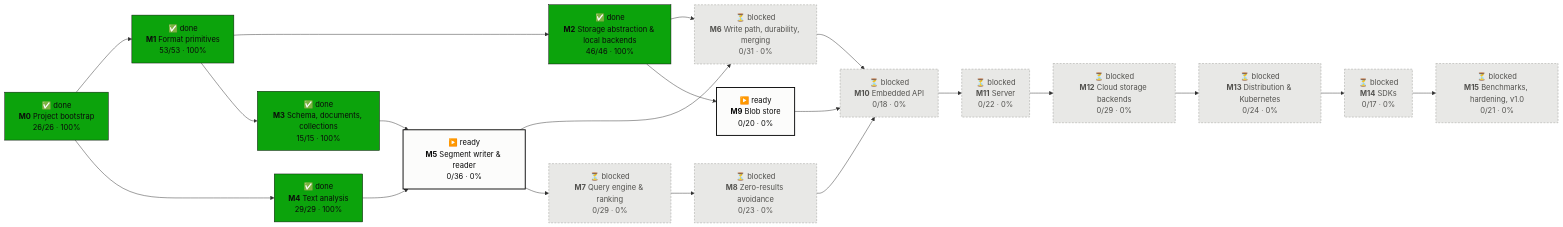
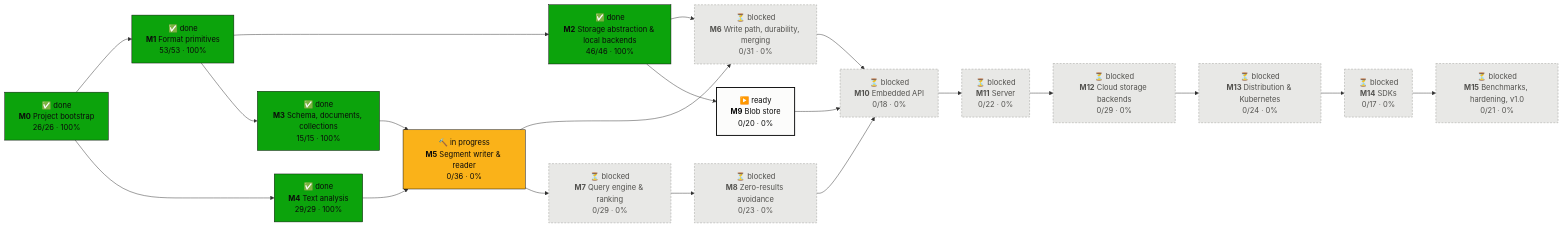
The first of 2 diagrams in PROGRESS.md (tomiok/persiaDB), drawn with Mermaid before and after one commit. The commit also changed other lines of this file and 2 other files, not shown here.

Commit message:
chore(roadmap): 5.1 and 5.2 in progress

````diff
--- a/PROGRESS.md
+++ b/PROGRESS.md
@@ -16,42 +16,42 @@
 ```mermaid
 flowchart LR
   M0["✅ done<br/><b>M0</b> Project bootstrap<br/>26/26 · 100%"]:::done
   M1["✅ done<br/><b>M1</b> Format primitives<br/>53/53 · 100%"]:::done
   M2["✅ done<br/><b>M2</b> Storage abstraction & local backends<br/>46/46 · 100%"]:::done
   M3["✅ done<br/><b>M3</b> Schema, documents, collections<br/>15/15 · 100%"]:::done
   M4["✅ done<br/><b>M4</b> Text analysis<br/>29/29 · 100%"]:::done
-  M5["▶️ ready<br/><b>M5</b> Segment writer & reader<br/>0/36 · 0%"]:::ready
+  M5["🔨 in progress<br/><b>M5</b> Segment writer & reader<br/>0/36 · 0%"]:::doing
   M6["⏳ blocked<br/><b>M6</b> Write path, durability, merging<br/>0/31 · 0%"]:::blocked
   M7["⏳ blocked<br/><b>M7</b> Query engine & ranking<br/>0/29 · 0%"]:::blocked
   M8["⏳ blocked<br/><b>M8</b> Zero-results avoidance<br/>0/23 · 0%"]:::blocked
   M9["▶️ ready<br/><b>M9</b> Blob store<br/>0/20 · 0%"]:::ready
   M10["⏳ blocked<br/><b>M10</b> Embedded API<br/>0/18 · 0%"]:::blocked
   M11["⏳ blocked<br/><b>M11</b> Server<br/>0/22 · 0%"]:::blocked
   M12["⏳ blocked<br/><b>M12</b> Cloud storage backends<br/>0/29 · 0%"]:::blocked
   M13["⏳ blocked<br/><b>M13</b> Distribution & Kubernetes<br/>0/24 · 0%"]:::blocked
   M14["⏳ blocked<br/><b>M14</b> SDKs<br/>0/17 · 0%"]:::blocked
   M15["⏳ blocked<br/><b>M15</b> Benchmarks, hardening, v1.0<br/>0/21 · 0%"]:::blocked
   M0 --> M1
   M1 --> M2
   M1 --> M3
   M0 --> M4
   M3 --> M5
   M4 --> M5
   M2 --> M6
   M5 --> M6
   M5 --> M7
   M7 --> M8
   M2 --> M9
   M6 --> M10
   M8 --> M10
   M9 --> M10
   M10 --> M11
   M11 --> M12
   M12 --> M13
   M13 --> M14
   M14 --> M15
   classDef done fill:#0ca30c,stroke:#0b0b0b,color:#0b0b0b
   classDef doing fill:#fab219,stroke:#0b0b0b,color:#0b0b0b
   classDef ready fill:#fcfcfb,stroke:#0b0b0b,stroke-width:2px,color:#0b0b0b
   classDef blocked fill:#e8e8e6,stroke:#9a9a96,stroke-dasharray:4 3,color:#52514e
 ```
````
